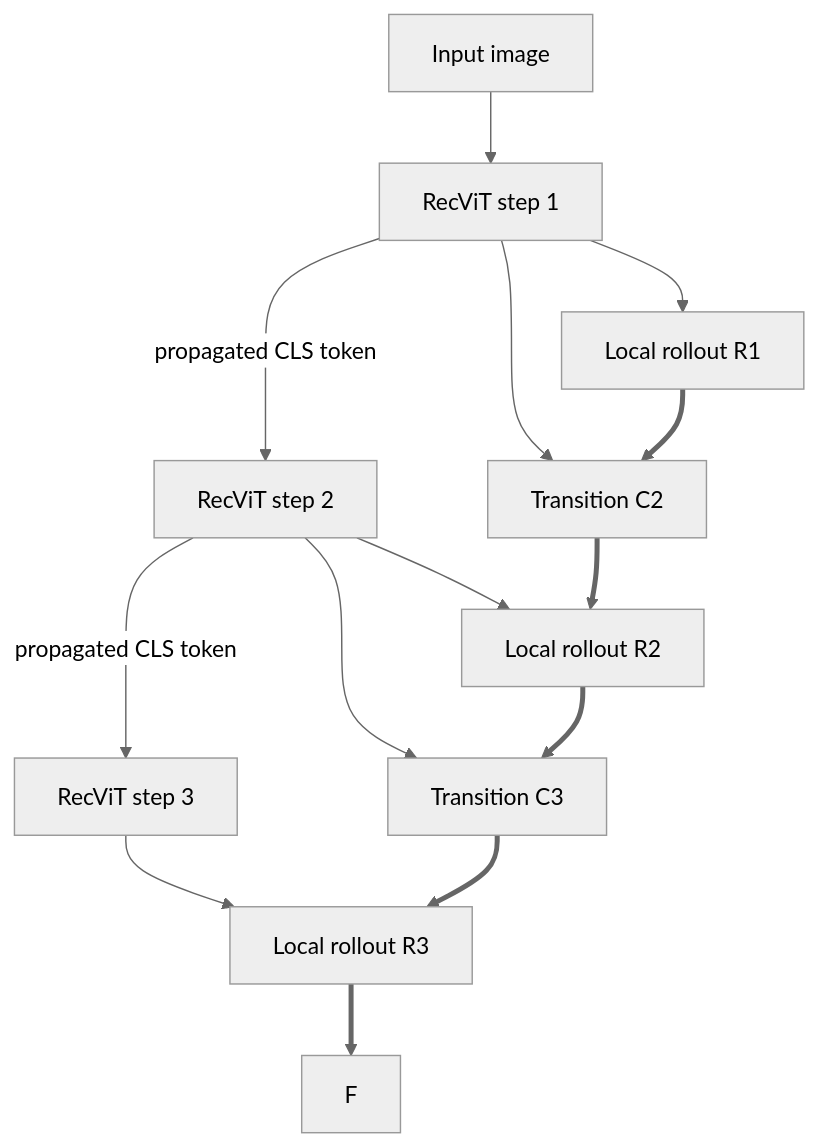
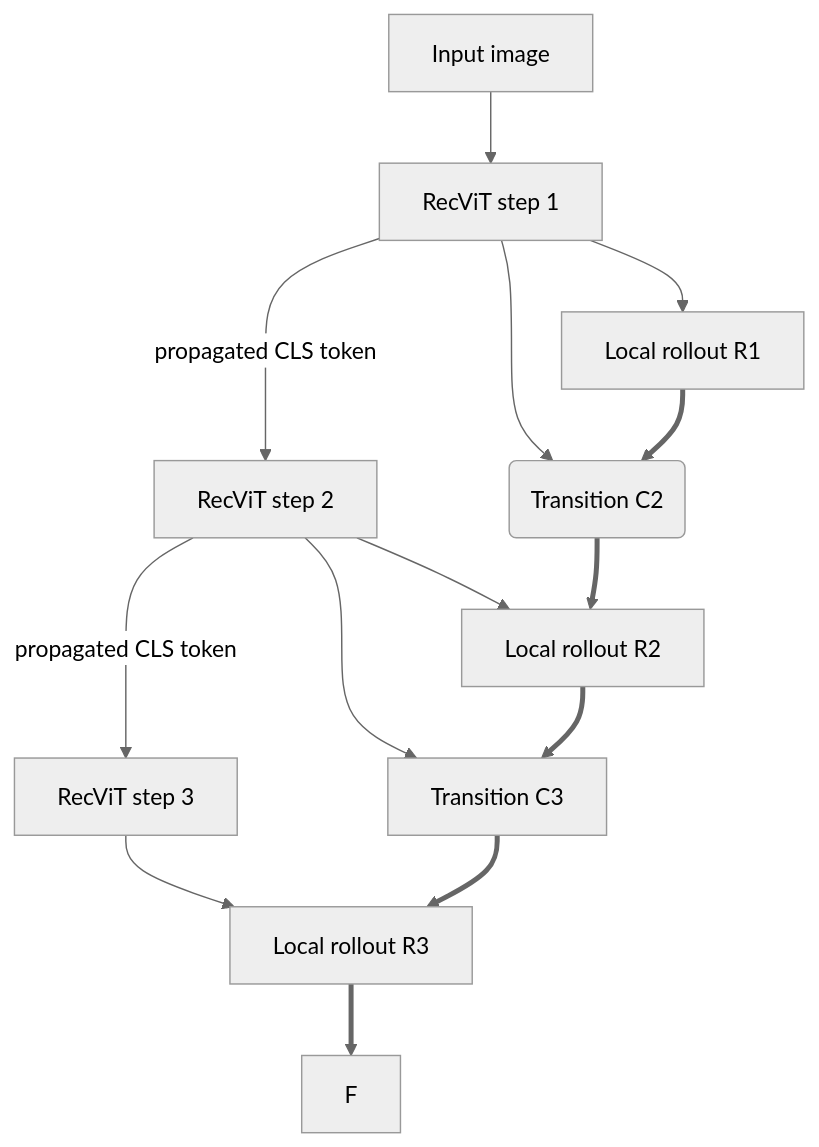
Before and after one commit to m-shaforostov/rec-vit-attention-rollout: the diagram in README.md, drawn with Mermaid (neutral theme).

````diff
--- a/README.md
+++ b/README.md
@@ -64,18 +64,18 @@
 ```mermaid
 flowchart TB
     I["Input image"] --> S1["RecViT step 1"]
     S1 -->|"propagated CLS token"| S2["RecViT step 2"]
     S2 -->|"propagated CLS token"| S3["RecViT step 3"]
 
     S1 --> R1["Local rollout R1"]
-    S1 --> C2["Transition C2"]
+    S1 --> C2("Transition C2")
     S2 --> R2["Local rollout R2"]
     S2 --> C3["Transition C3"]
     S3 --> R3["Local rollout R3"]
 
     R1 ==> C2
     C2 ==> R2
     R2 ==> C3
     C3 ==> R3
     R3 ==> F
 ```
````
